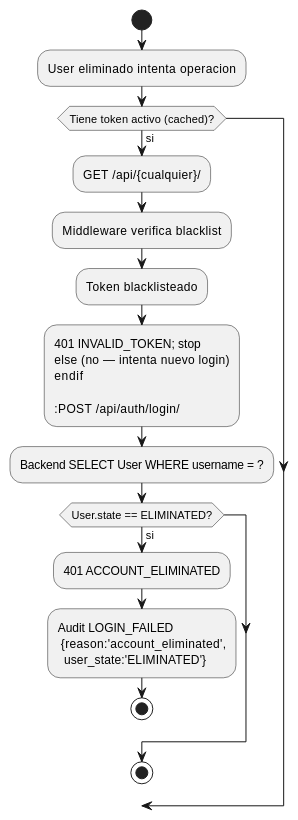
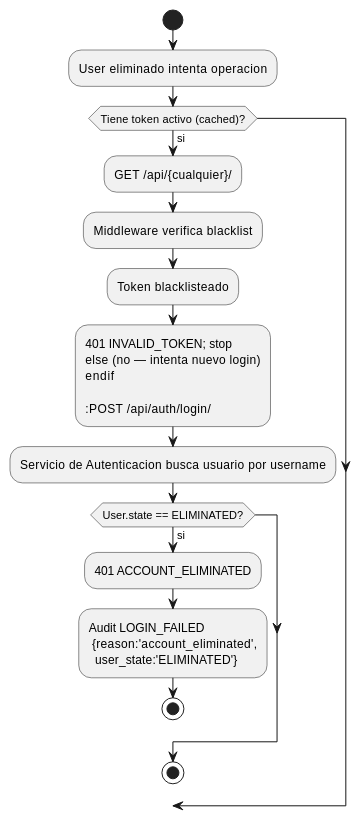
One commit to jcg-admin/IACT-docs changed the fifth of 5 diagrams in source/requisitos/casos-uso/users/uc-usr-04/diagramas-uml.rst. Above: the diagram before and after it, drawn with PlantUML. The commit also changed 21 other files, not shown here.

```diff
--- a/source/requisitos/casos-uso/users/uc-usr-04/diagramas-uml.rst
+++ b/source/requisitos/casos-uso/users/uc-usr-04/diagramas-uml.rst
@@ -249,32 +249,32 @@
 .. uml::
  :caption: Que pasa cuando el User intenta usar tokens o iniciar
            sesion despues de UC_USR_04
 
  @startuml
 
  start
 
  :User eliminado intenta operacion;
 
  if (Tiene token activo (cached)?) then (si)
    :GET /api/{cualquier}/;
    :Middleware verifica blacklist;
    :Token blacklisteado;
    :401 INVALID_TOKEN; stop
  else (no — intenta nuevo login)
  endif
 
  :POST /api/auth/login/;
- :Backend SELECT User WHERE username = ?;
+ :Servicio de Autenticacion busca usuario por username;
 
  if (User.state == ELIMINATED?) then (si)
    :401 ACCOUNT_ELIMINATED;
    :Audit LOGIN_FAILED
     {reason:'account_eliminated',
      user_state:'ELIMINATED'};
    stop
  endif
 
  stop
 
  @enduml
```
